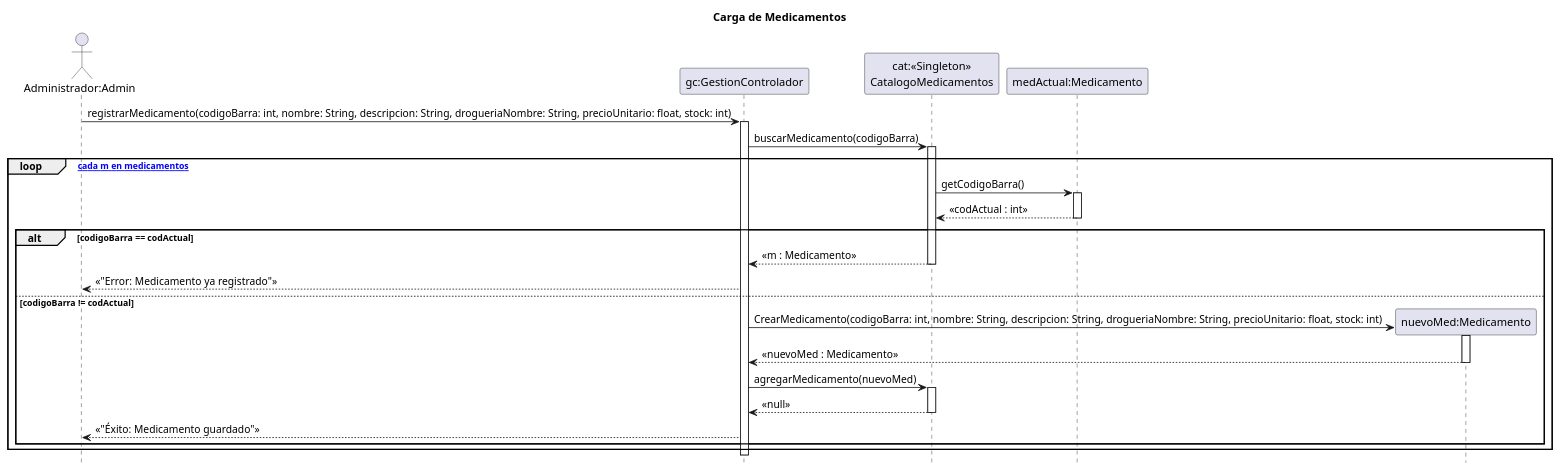
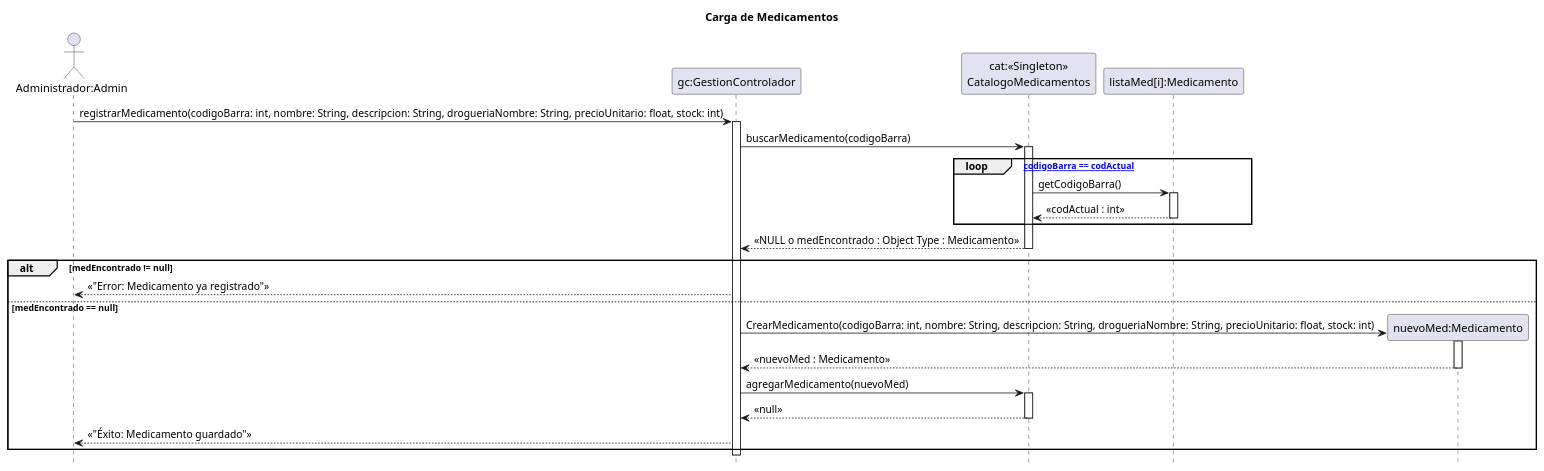
One commit to zEzequR/PF-I changed the diagram in 08 - Diagramas de Secuencia de Diseño/CargaMedicamentos/CargaMedicamentos.puml. Above: the diagram before and after it, drawn with PlantUML. The commit also changed 15 other files, not shown here.

```diff
--- a/08 - Diagramas de Secuencia de Diseño/CargaMedicamentos/CargaMedicamentos.puml
+++ b/08 - Diagramas de Secuencia de Diseño/CargaMedicamentos/CargaMedicamentos.puml
@@ -1,47 +1,48 @@
 @startuml
 title Carga de Medicamentos
 
 hide footbox
 
 actor "Administrador:Admin" as admin
 participant "gc:GestionControlador" as ctrl
 participant "cat:<<Singleton>>\nCatalogoMedicamentos" as cat
-participant "medActual:Medicamento" as med_actual
+participant "listaMed[i]:Medicamento" as med_actual
 
 admin -> ctrl : registrarMedicamento(codigoBarra: int, nombre: String, descripcion: String, drogueriaNombre: String, precioUnitario: float, stock: int)
 activate ctrl
 
 ctrl -> cat : buscarMedicamento(codigoBarra)
 activate cat
 
-loop [para cada m en medicamentos]
+loop [hasta codigoBarra == codActual]
     cat -> med_actual : getCodigoBarra()
     activate med_actual
     med_actual --> cat : << codActual : int >>
     deactivate med_actual
-    
-    alt codigoBarra == codActual
-        cat --> ctrl : << m : Medicamento >>
-        deactivate cat
+end
+
+cat --> ctrl : << NULL o medEncontrado : Object Type : Medicamento >>
+deactivate cat
+
+    alt medEncontrado != null
         ctrl --> admin : << "Error: Medicamento ya registrado" >>
 
-    else codigoBarra != codActual
+    else medEncontrado == null
         deactivate cat
         
         create participant "nuevoMed:Medicamento" as nuevo_med
         ctrl -> nuevo_med : CrearMedicamento(codigoBarra: int, nombre: String, descripcion: String, drogueriaNombre: String, precioUnitario: float, stock: int)
         activate nuevo_med
         nuevo_med --> ctrl : << nuevoMed : Medicamento >>
         deactivate nuevo_med
 
         ctrl -> cat : agregarMedicamento(nuevoMed)
         activate cat
         cat --> ctrl : << null >>
         deactivate cat
         
         ctrl --> admin : << "Éxito: Medicamento guardado" >>
     end
-end
 
 deactivate ctrl
 @enduml
```
